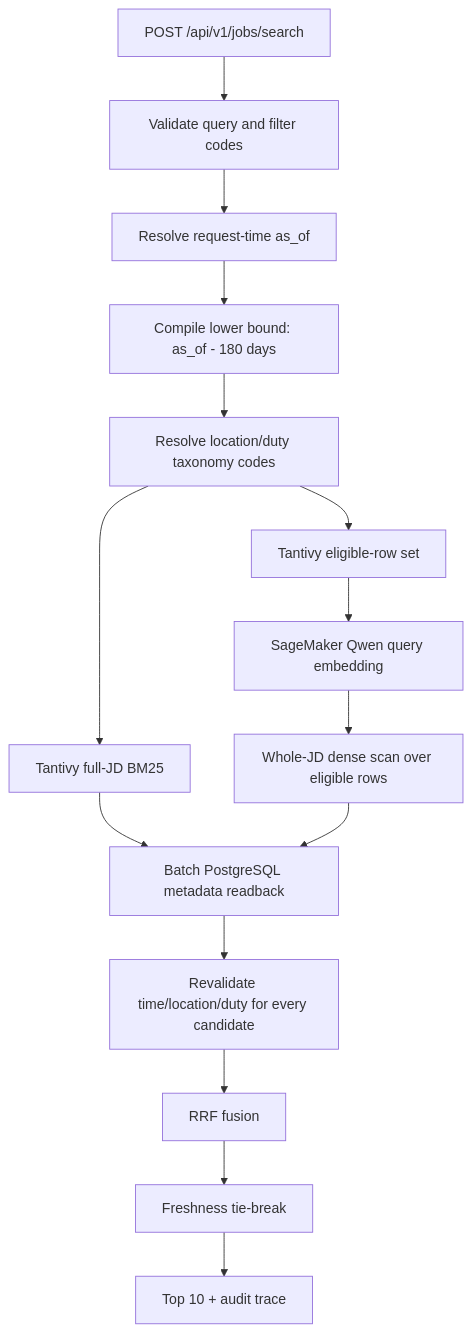
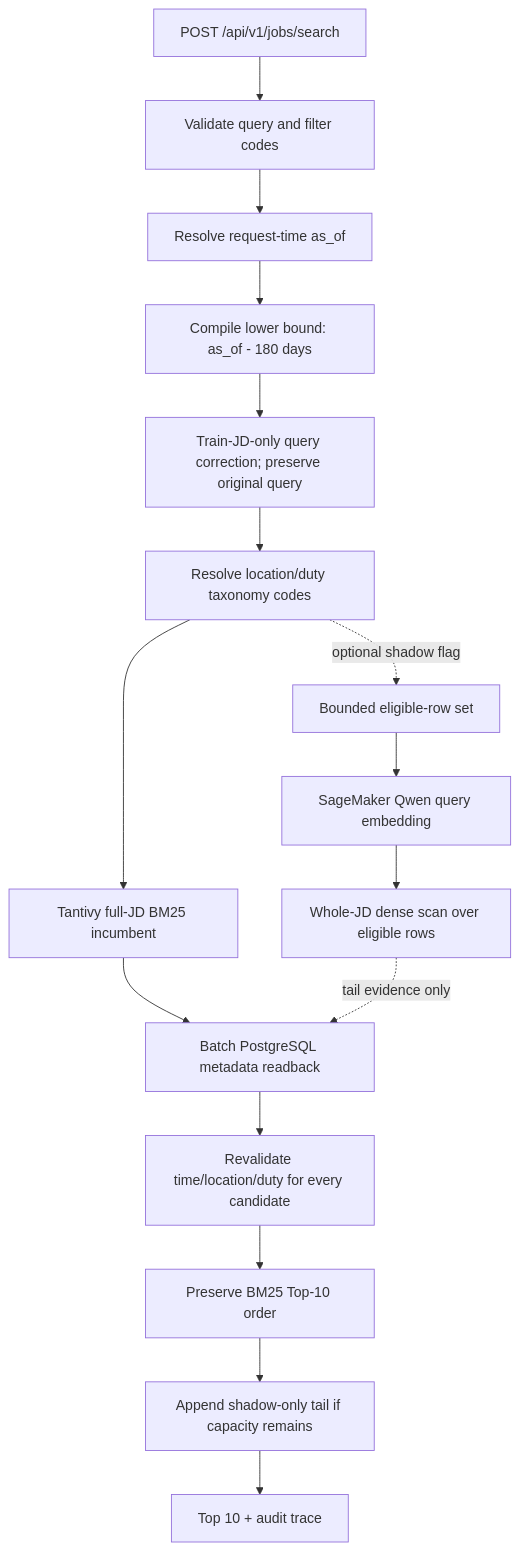
The diagram in docs/architecture.md (TakalaWang/1111-work-retrieval), drawn with Mermaid before and after one commit. The commit also changed other lines of this file and 19 other files, not shown here.

````diff
--- a/docs/architecture.md
+++ b/docs/architecture.md
@@ -9,17 +9,18 @@
 ```mermaid
 flowchart TD
     A["POST /api/v1/jobs/search"] --> B["Validate query and filter codes"]
     B --> C["Resolve request-time as_of"]
     C --> D["Compile lower bound: as_of - 180 days"]
-    D --> E["Resolve location/duty taxonomy codes"]
-    E --> F["Tantivy full-JD BM25"]
-    E --> G["Tantivy eligible-row set"]
+    D --> E["Train-JD-only query correction; preserve original query"]
+    E --> F0["Resolve location/duty taxonomy codes"]
+    F0 --> F["Tantivy full-JD BM25 incumbent"]
+    F0 -. "optional shadow flag" .-> G["Bounded eligible-row set"]
     G --> H["SageMaker Qwen query embedding"]
     H --> I["Whole-JD dense scan over eligible rows"]
     F --> J["Batch PostgreSQL metadata readback"]
-    I --> J
+    I -. "tail evidence only" .-> J
     J --> K["Revalidate time/location/duty for every candidate"]
-    K --> L["RRF fusion"]
-    L --> M["Freshness tie-break"]
+    K --> L["Preserve BM25 Top-10 order"]
+    L --> M["Append shadow-only tail if capacity remains"]
     M --> N["Top 10 + audit trace"]
 ```
````
